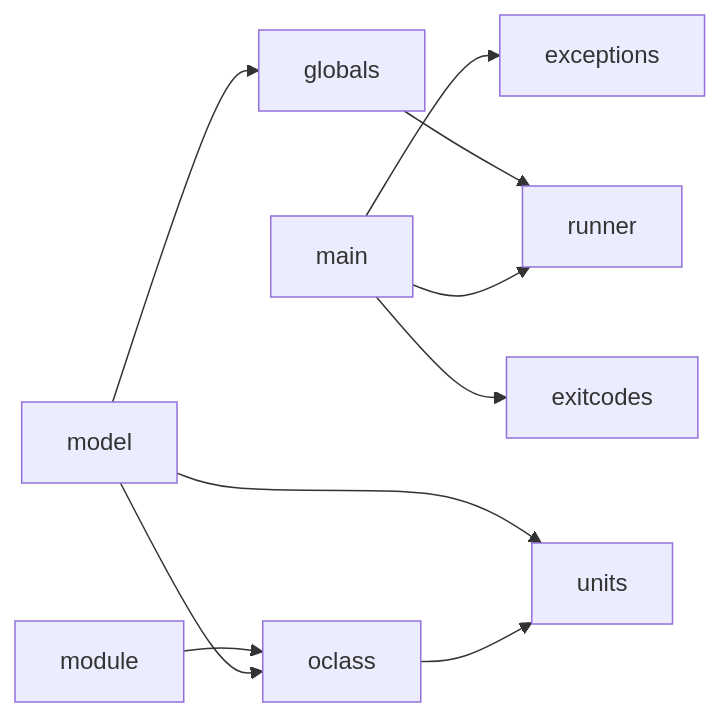
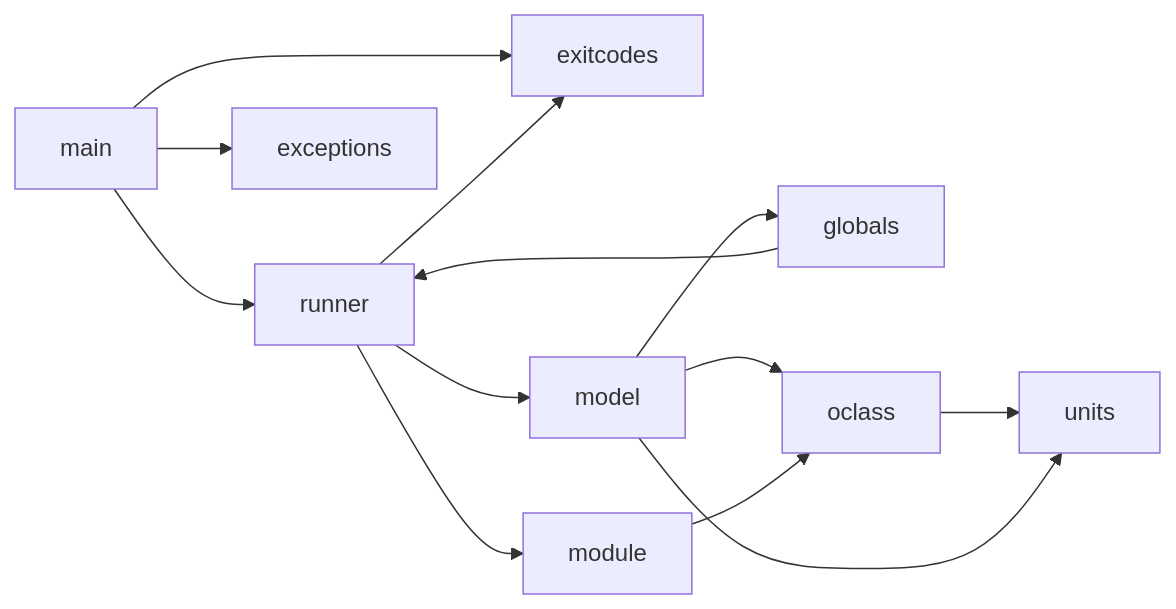
Before and after one commit to arras-energy/arras: the diagram in DESIGN.md, drawn with Mermaid. The commit also changed other lines of this file and 7 other files, not shown here.

````diff
--- a/DESIGN.md
+++ b/DESIGN.md
@@ -191,12 +206,15 @@
 ```mermaid
 flowchart LR
   main --> runner
   main --> exceptions
   main --> exitcodes
   globals --> runner
+  runner --> model
+  runner --> exitcodes
+  runner --> module
   oclass --> units
   model --> globals
   model --> oclass
   model --> units
   module --> oclass
 ```
````
